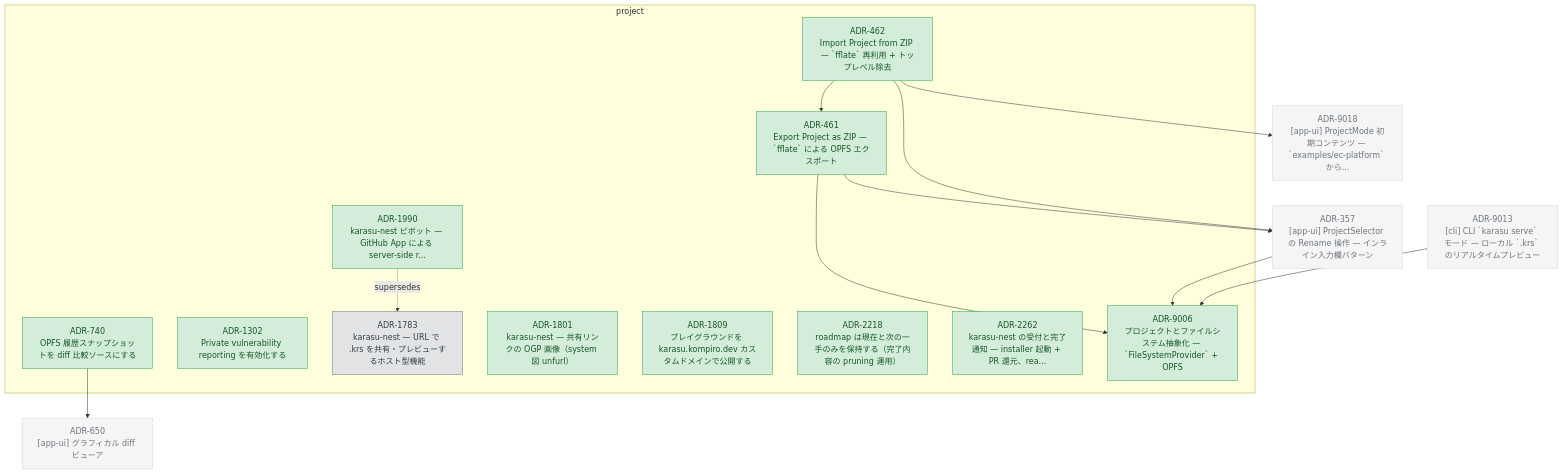
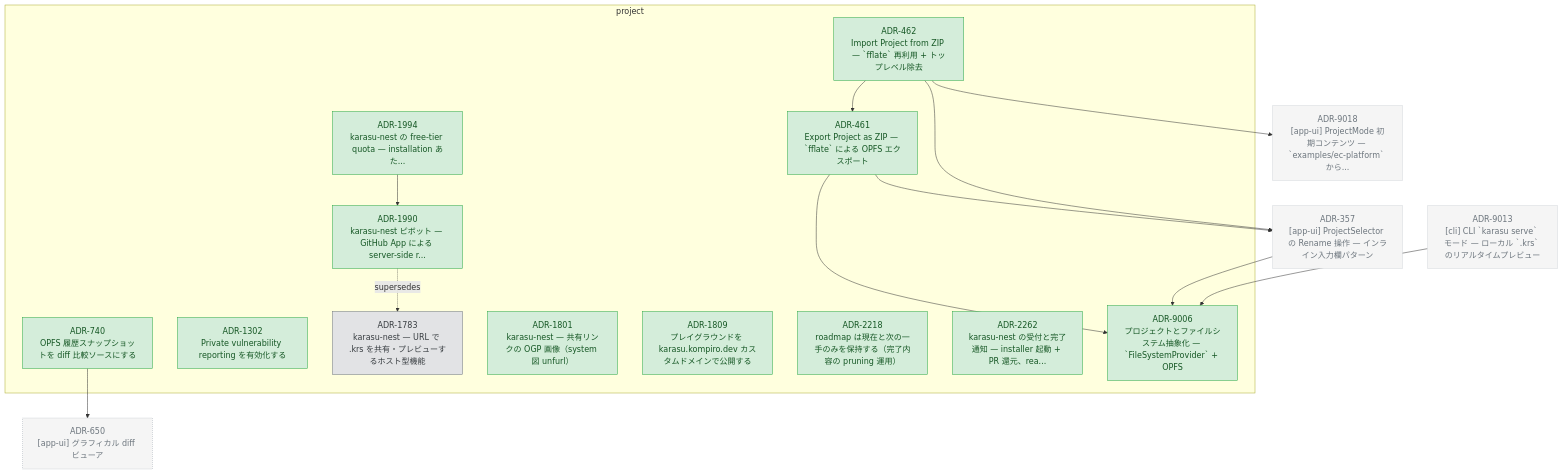
Before and after one commit to kompiro/karasu: the diagram in docs/adr/graph/project.md, drawn with Mermaid. The commit also changed other lines of this file and 20 other files, not shown here.

````diff
--- a/docs/adr/graph/project.md
+++ b/docs/adr/graph/project.md
@@ -6,51 +6,54 @@
 ```mermaid
 flowchart TD
   subgraph project["project"]
     ADR_461["ADR-461<br/>Export Project as ZIP — `fflate` による OPFS エクスポート"]
     ADR_462["ADR-462<br/>Import Project from ZIP — `fflate` 再利用 + トップレベル除去"]
     ADR_740["ADR-740<br/>OPFS 履歴スナップショットを diff 比較ソースにする"]
     ADR_1302["ADR-1302<br/>Private vulnerability reporting を有効化する"]
     ADR_1783["ADR-1783<br/>karasu-nest — URL で .krs を共有・プレビューするホスト型機能"]
     ADR_1801["ADR-1801<br/>karasu-nest — 共有リンクの OGP 画像（system 図 unfurl）"]
     ADR_1809["ADR-1809<br/>プレイグラウンドを karasu.kompiro.dev カスタムドメインで公開する"]
     ADR_1990["ADR-1990<br/>karasu-nest ピボット — GitHub App による server-side r..."]
+    ADR_1994["ADR-1994<br/>karasu-nest の free-tier quota — installation あた..."]
     ADR_2218["ADR-2218<br/>roadmap は現在と次の一手のみを保持する（完了内容の pruning 運用）"]
     ADR_2262["ADR-2262<br/>karasu-nest の受付と完了通知 — installer 起動 + PR 還元、rea..."]
     ADR_9006["ADR-9006<br/>プロジェクトとファイルシステム抽象化 — `FileSystemProvider` + OPFS"]
   end
   ADR_357["ADR-357<br/>[app-ui] ProjectSelector の Rename 操作 — インライン入力欄パターン"]
   ADR_650["ADR-650<br/>[app-ui] グラフィカル diff ビューア"]
   ADR_9013["ADR-9013<br/>[cli] CLI `karasu serve` モード — ローカル `.krs` のリアルタイムプレビュー"]
   ADR_9018["ADR-9018<br/>[app-ui] ProjectMode 初期コンテンツ — `examples/ec-platform` から..."]
   ADR_461 --> ADR_9006
   ADR_461 --> ADR_357
   ADR_462 --> ADR_357
   ADR_462 --> ADR_9018
   ADR_462 --> ADR_461
   ADR_740 --> ADR_650
+  ADR_1994 --> ADR_1990
   ADR_357 --> ADR_9006
   ADR_9013 --> ADR_9006
   ADR_1990 -.supersedes.-> ADR_1783
 
   classDef accepted fill:#d4edda,stroke:#28a745,color:#155724
   classDef proposed fill:#fff3cd,stroke:#ffc107,color:#856404
   classDef deprecated fill:#f8d7da,stroke:#dc3545,color:#721c24
   classDef superseded fill:#e2e3e5,stroke:#6c757d,color:#383d41
   classDef not_adopted fill:#e2e3e5,stroke:#6c757d,color:#383d41,stroke-dasharray:3 3
   classDef ghost fill:#f5f5f5,stroke:#adb5bd,color:#6c757d,stroke-dasharray:2 2
   class ADR_461 accepted
   class ADR_462 accepted
   class ADR_740 accepted
   class ADR_1302 accepted
   class ADR_1783 superseded
   class ADR_1801 accepted
   class ADR_1809 accepted
   class ADR_1990 accepted
+  class ADR_1994 accepted
   class ADR_2218 accepted
   class ADR_2262 accepted
   class ADR_9006 accepted
   class ADR_357 ghost
   class ADR_650 ghost
   class ADR_9013 ghost
   class ADR_9018 ghost
 ```
````
